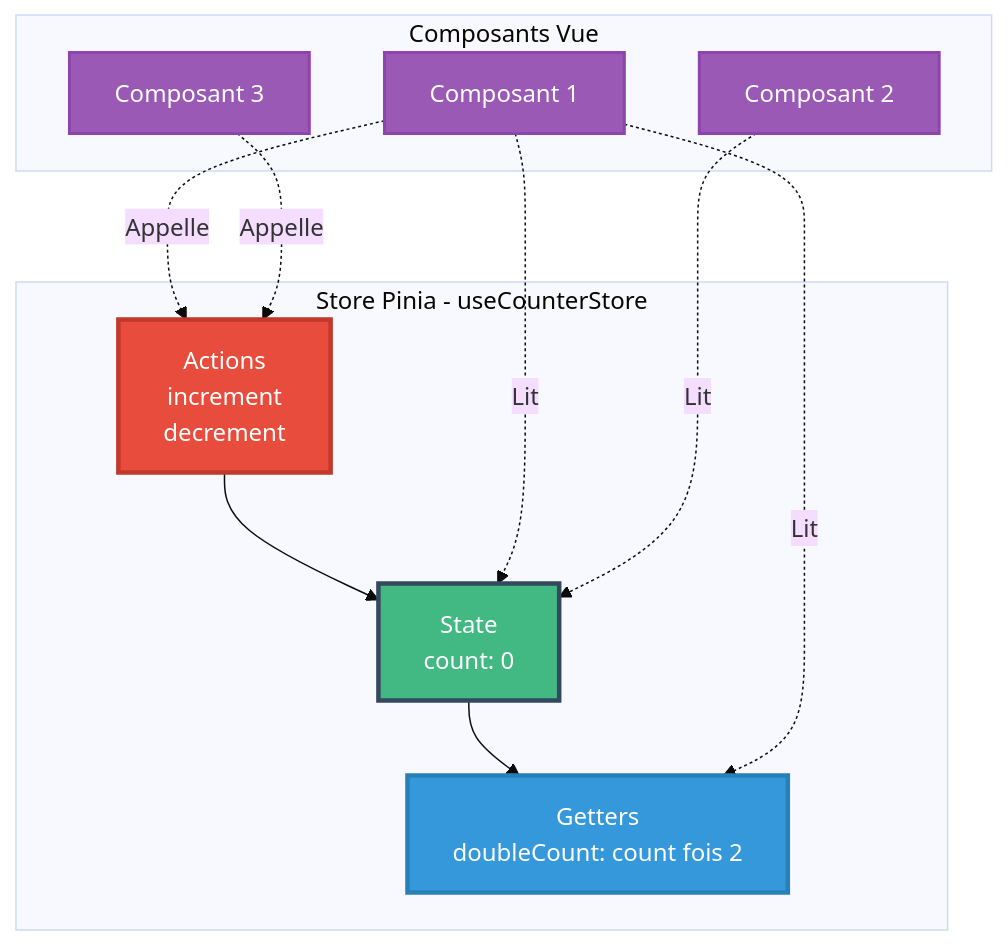
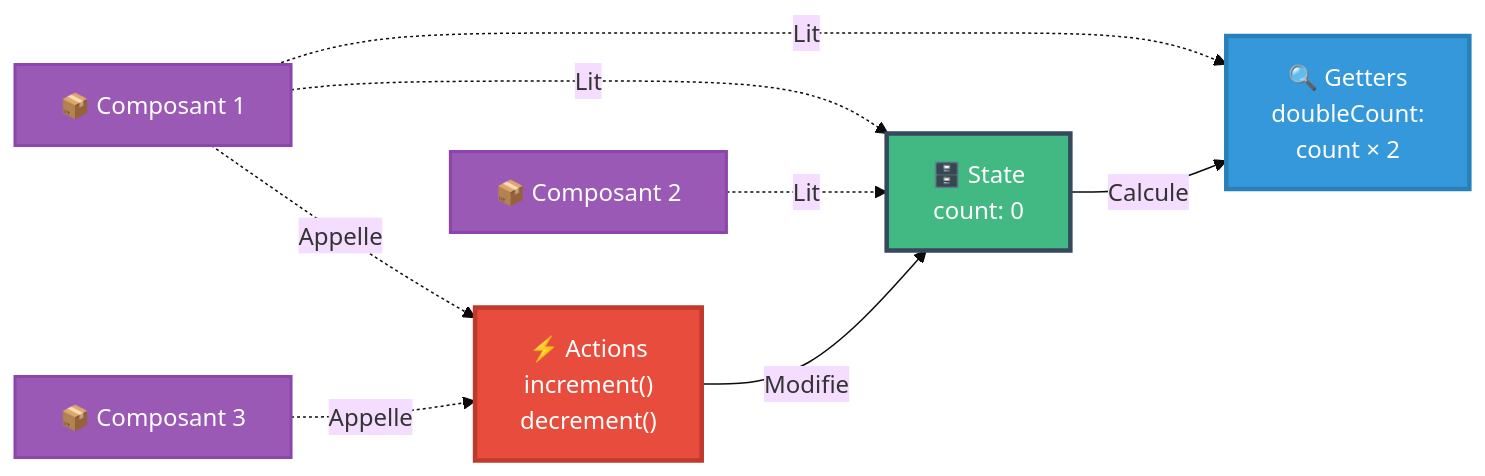
One commit to JSurquin/pylowt changed the third of 3 diagrams in pages/module5-pinia-state.md. Above: the diagram before and after it, drawn with Mermaid (base theme). The commit also changed 2 other files, not shown here.

Commit message:
update slides

````diff
--- a/pages/module5-pinia-state.md
+++ b/pages/module5-pinia-state.md
@@ -221,31 +221,27 @@
 ```mermaid
-graph TB
-    subgraph Store["Store Pinia - useCounterStore"]
-        S[State<br/>count: 0]
-        G[Getters<br/>doubleCount: count fois 2]
-        A[Actions<br/>increment<br/>decrement]
-    end
+flowchart LR
+    C1["📦 Composant 1"]
+    C2["📦 Composant 2"]
+    C3["📦 Composant 3"]
     
-    subgraph Composants["Composants Vue"]
-        C1[Composant 1]
-        C2[Composant 2]
-        C3[Composant 3]
-    end
+    S["🗄️ State<br/>count: 0"]
+    G["🔍 Getters<br/>doubleCount:<br/>count × 2"]
+    A["⚡ Actions<br/>increment()<br/>decrement()"]
     
-    S --> G
-    A --> S
+    C1 -.->|"Lit"| S
+    C1 -.->|"Lit"| G
+    C1 -.->|"Appelle"| A
     
-    C1 -.->|Lit| S
-    C1 -.->|Lit| G
-    C1 -.->|Appelle| A
+    C2 -.->|"Lit"| S
+    C3 -.->|"Appelle"| A
     
-    C2 -.->|Lit| S
-    C3 -.->|Appelle| A
+    A -->|"Modifie"| S
+    S -->|"Calcule"| G
     
     style S fill:#42b883,stroke:#35495e,stroke-width:3px,color:#fff
     style G fill:#3498db,stroke:#2980b9,stroke-width:3px,color:#fff
     style A fill:#e74c3c,stroke:#c0392b,stroke-width:3px,color:#fff
     style C1 fill:#9b59b6,stroke:#8e44ad,stroke-width:2px,color:#fff
     style C2 fill:#9b59b6,stroke:#8e44ad,stroke-width:2px,color:#fff
     style C3 fill:#9b59b6,stroke:#8e44ad,stroke-width:2px,color:#fff
 ```
````
